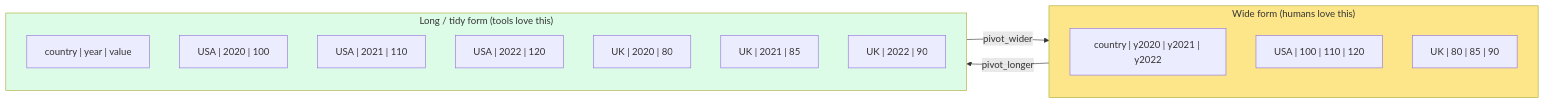
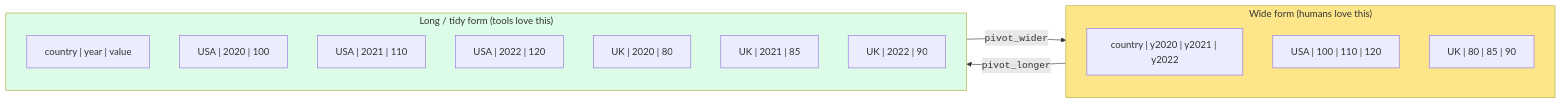
Before and after one commit to dataslope/dataslope: the first of 2 diagrams in content/learn/practical-r-for-beginners/reshaping-data.mdx, drawn with Mermaid. The commit also changed 46 other files, not shown here.

First line of the commit message:
Wrap code in mermaid edge labels + entity/table names in DB diagrams

````diff
--- a/content/learn/practical-r-for-beginners/reshaping-data.mdx
+++ b/content/learn/practical-r-for-beginners/reshaping-data.mdx
@@ -22,23 +22,23 @@
 ```mermaid
 flowchart LR
   subgraph wide["Wide form (humans love this)"]
     direction TB
     w["country | y2020 | y2021 | y2022"]
     w1["USA     | 100   | 110   | 120"]
     w2["UK      |  80   |  85   |  90"]
   end
   subgraph long["Long / tidy form (tools love this)"]
     direction TB
     l["country | year | value"]
     l1["USA     | 2020 | 100"]
     l2["USA     | 2021 | 110"]
     l3["USA     | 2022 | 120"]
     l4["UK      | 2020 |  80"]
     l5["UK      | 2021 |  85"]
     l6["UK      | 2022 |  90"]
   end
-  wide -->|pivot_longer| long
-  long -->|pivot_wider| wide
+  wide -->|"<code>pivot_longer</code>"| long
+  long -->|"<code>pivot_wider</code>"| wide
   style wide fill:#fde68a
   style long fill:#dcfce7
 ```
````
